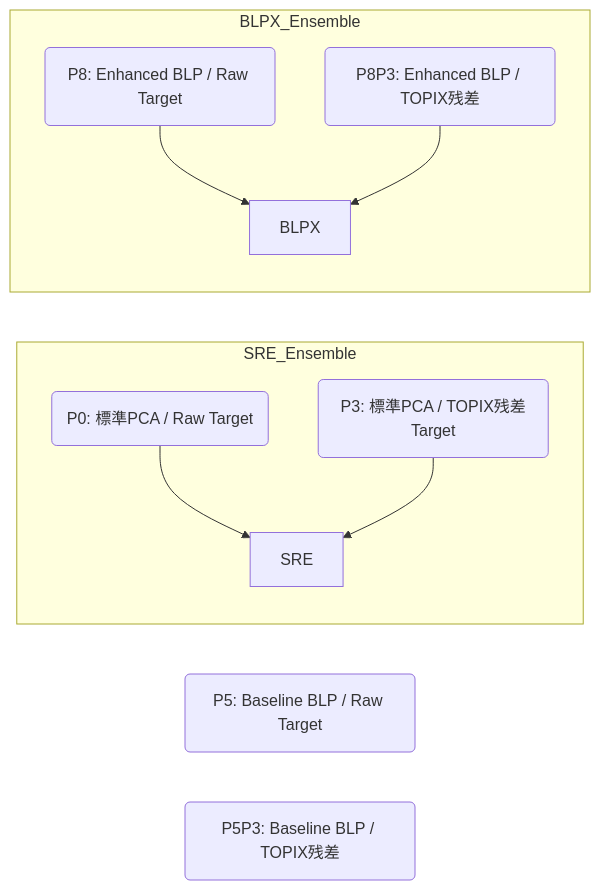
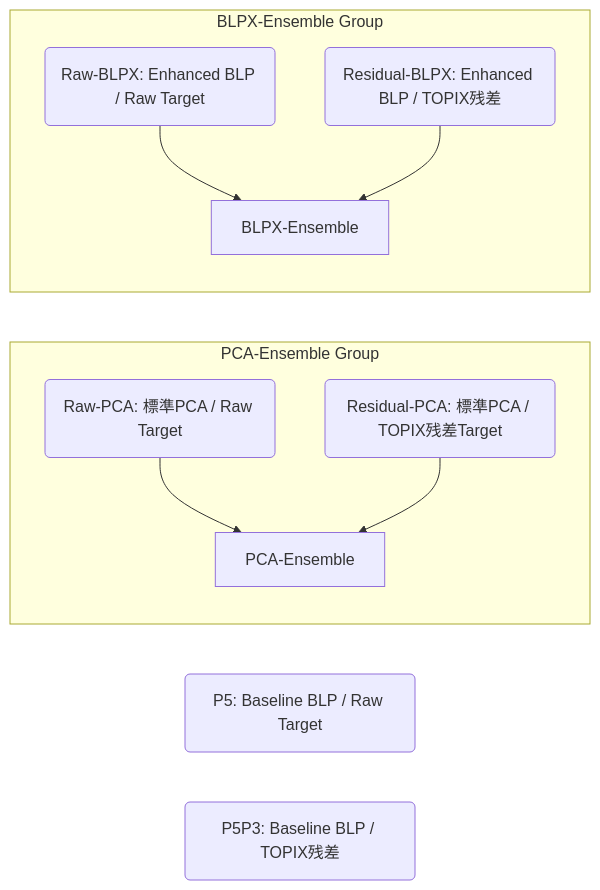
Before and after one commit to shonen0129/NightManager: the second of 3 diagrams in docs/研究メモ202606.md, drawn with Mermaid. The commit also changed other lines of this file and 49 other files, not shown here.

Commit message:
refactor: rename SRE model and its components to PCA-Ensemble for improved clarity across codebase and documentation.

````diff
--- a/docs/研究メモ202606.md
+++ b/docs/研究メモ202606.md
@@ -70,19 +70,20 @@
 ```mermaid
 graph LR
-    P0(P0: 標準PCA / Raw Target)
-    P3(P3: 標準PCA / TOPIX残差Target)
+    Raw-PCA(Raw-PCA: 標準PCA / Raw Target)
+    Residual-PCA(Residual-PCA: 標準PCA / TOPIX残差Target)
     P5(P5: Baseline BLP / Raw Target)
     P5P3(P5P3: Baseline BLP / TOPIX残差)
-    P8(P8: Enhanced BLP / Raw Target)
-    P8P3(P8P3: Enhanced BLP / TOPIX残差)
+    Raw-BLPX(Raw-BLPX: Enhanced BLP / Raw Target)
+    Residual-BLPX(Residual-BLPX: Enhanced BLP / TOPIX残差)
 
-    subgraph SRE_Ensemble
-        P0 --> SRE
-        P3 --> SRE
+    subgraph PCA_Ensemble_Group["PCA-Ensemble Group"]
+        Raw-PCA --> PCA-Ensemble
+        Residual-PCA --> PCA-Ensemble
     end
 
-    subgraph BLPX_Ensemble
-        P8 --> BLPX
-        P8P3 --> BLPX
+    subgraph BLPX_Ensemble_Group["BLPX-Ensemble Group"]
+        Raw-BLPX --> BLPX-Ensemble
+        Residual-BLPX --> BLPX-Ensemble
     end
+
 ```
````
